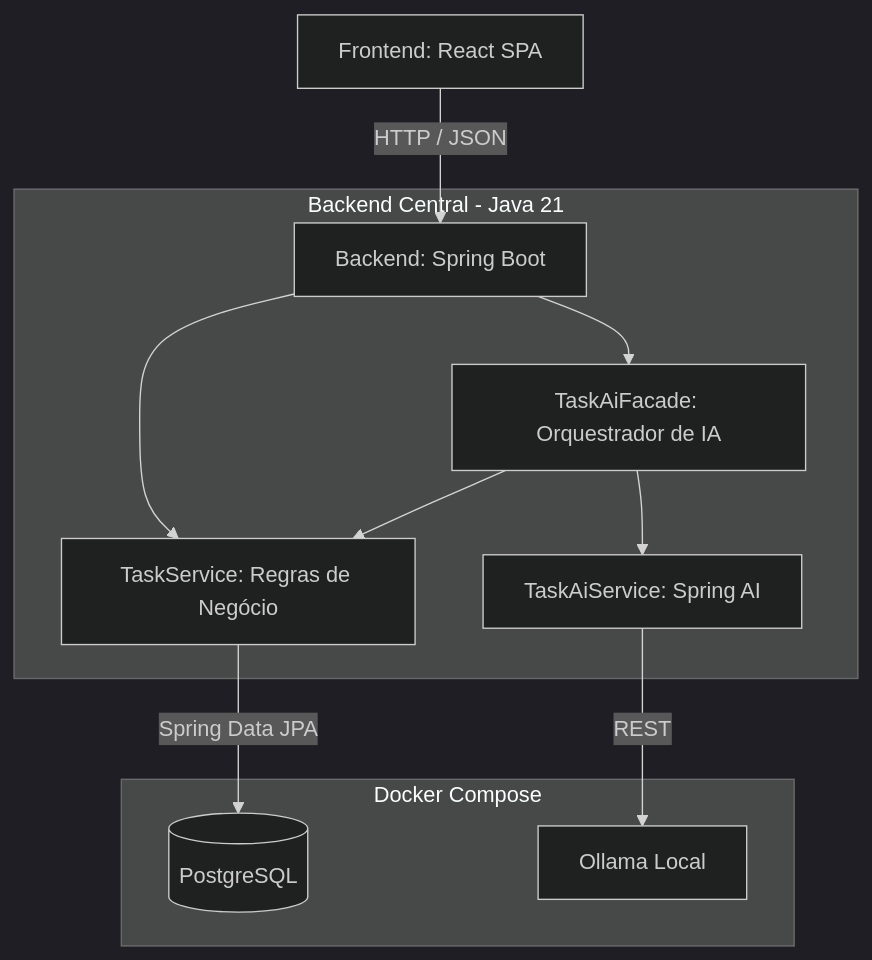
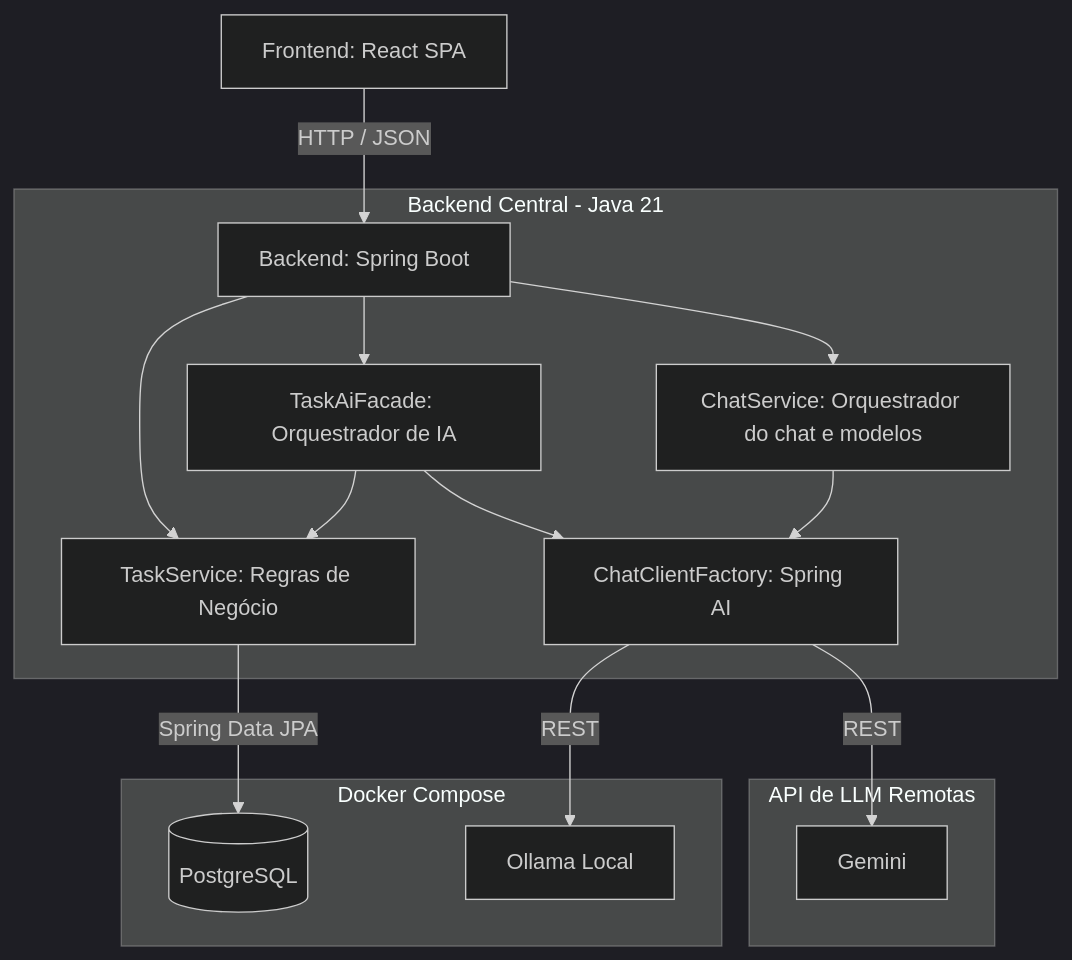
The diagram in README.md (pedro-solutis/ai-task-manager), drawn with Mermaid (dark theme) before and after one commit. The commit also changed other lines of this file, not shown here.

Commit message:
docs(readme): update documentation to reflect multi-provider ai architecture

````diff
--- a/README.md
+++ b/README.md
@@ -9,19 +9,26 @@
 ```mermaid
 graph TD
     UI[Frontend: React SPA] -->|HTTP / JSON| API[Backend: Spring Boot]
     
     subgraph Backend [Backend Central - Java 21]
         API --> SVC[TaskService: Regras de Negócio]
         API --> FAC[TaskAiFacade: Orquestrador de IA]
+        API --> CSVC[ChatService: Orquestrador do chat e modelos]
         FAC --> SVC
-        FAC --> AI_SVC[TaskAiService: Spring AI]
+        FAC --> AI_SVC[ChatClientFactory: Spring AI]
+        CSVC --> AI_SVC
     end
     
     subgraph Infraestrutura [Docker Compose]
         DB[(PostgreSQL)]
         LLM[Ollama Local]
     end
     
+    subgraph Provider [API de LLM Remotas]
+        GMN[Gemini]
+    end
+
     SVC -->|Spring Data JPA| DB
     AI_SVC -->|REST| LLM
+    AI_SVC -->|REST| GMN
 ```
````
